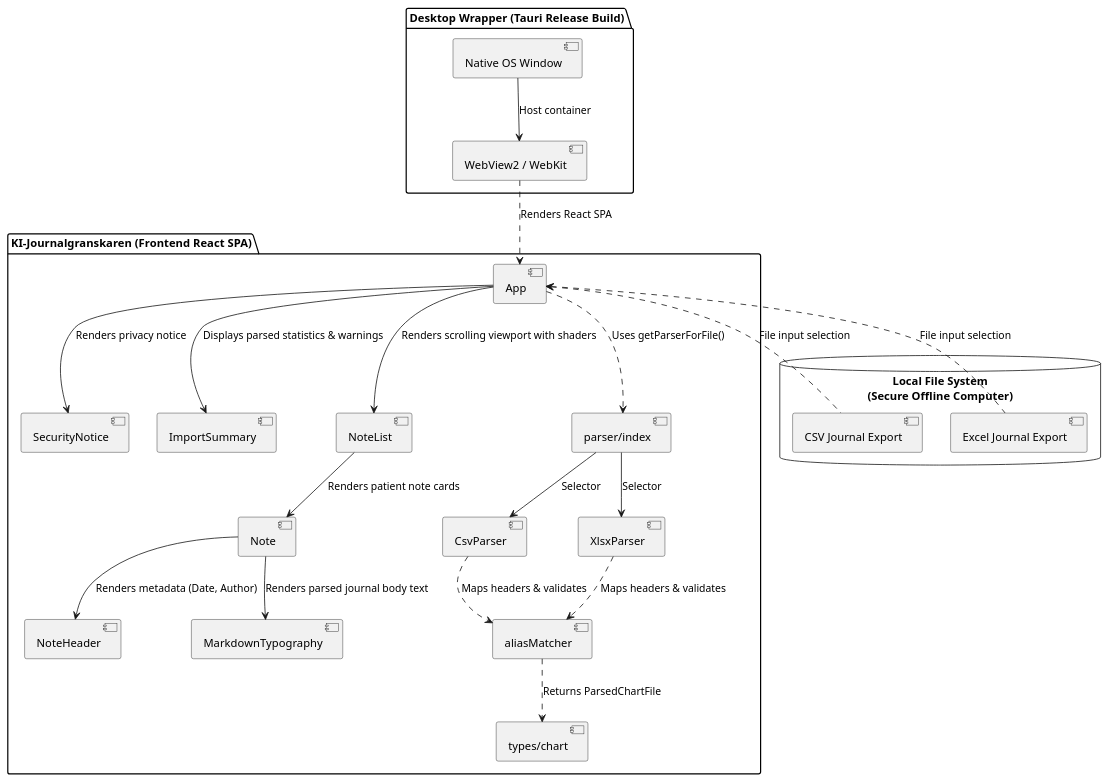
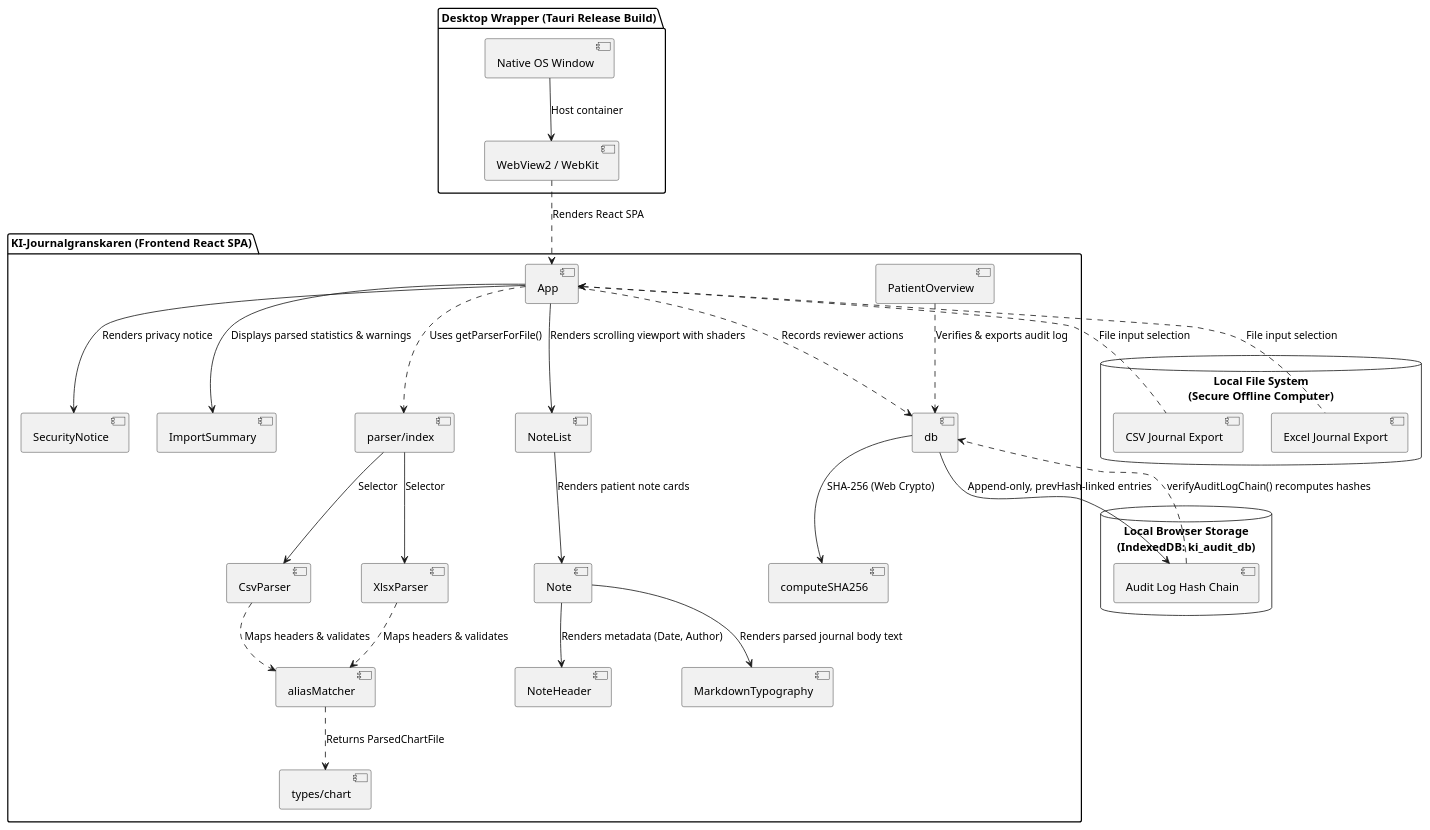
One commit to gforge/Journalgranskaren changed the diagram in docs/architecture.puml. Above: the diagram before and after it, drawn with PlantUML. The commit also changed 2 other files, not shown here.

Commit message:
Document audit log hash chain; add root README and gh-pages demo links
- Add root README.md with live gh-pages demo link, feature overview, and a
  tamper-evident audit log section.
- docs/README.md: add hosted-demo callout, a "Tamper-Evident Audit Log
  (Hash Chain)" section, a GitHub Pages build subsection, and fix two
  absolute file:// example links to relative paths.
- docs/architecture.puml: add the IndexedDB audit-log hash chain and
  SHA-256 (Web Crypto) to the diagram.

```diff
--- a/docs/architecture.puml
+++ b/docs/architecture.puml
@@ -1,36 +1,47 @@
 @startuml KI-Journalgranskaren Architecture
 
 package "KI-Journalgranskaren (Frontend React SPA)" {
   [App] --> [SecurityNotice] : Renders privacy notice
   [App] --> [ImportSummary] : Displays parsed statistics & warnings
   [App] --> [NoteList] : Renders scrolling viewport with shaders
   [NoteList] --> [Note] : Renders patient note cards
   [Note] --> [NoteHeader] : Renders metadata (Date, Author)
   [Note] --> [MarkdownTypography] : Renders parsed journal body text
 
   [App] ..> [parser/index] : Uses getParserForFile()
   [parser/index] --> [CsvParser] : Selector
   [parser/index] --> [XlsxParser] : Selector
 
   [CsvParser] ..> [aliasMatcher] : Maps headers & validates
   [XlsxParser] ..> [aliasMatcher] : Maps headers & validates
   
   [aliasMatcher] ..> [types/chart] : Returns ParsedChartFile
+
+  [App] ..> [db] : Records reviewer actions
+  [PatientOverview] ..> [db] : Verifies & exports audit log
+  [db] --> [computeSHA256] : SHA-256 (Web Crypto)
 }
+
+database "Local Browser Storage\n(IndexedDB: ki_audit_db)" as AuditDB {
+  [Audit Log Hash Chain] as Chain
+}
+
+[db] --> Chain : Append-only, prevHash-linked entries
+Chain ..> [db] : verifyAuditLogChain() recomputes hashes
 
 database "Local File System\n(Secure Offline Computer)" as LocalFS {
   [CSV Journal Export] as CSV
   [Excel Journal Export] as XLSX
 }
 
 [App] <.. CSV : File input selection
 [App] <.. XLSX : File input selection
 
 package "Desktop Wrapper (Tauri Release Build)" {
   [Native OS Window] as Win
   [WebView2 / WebKit] as Webview
   Win --> Webview : Host container
   Webview ..> [App] : Renders React SPA
 }
 
 @enduml
```
